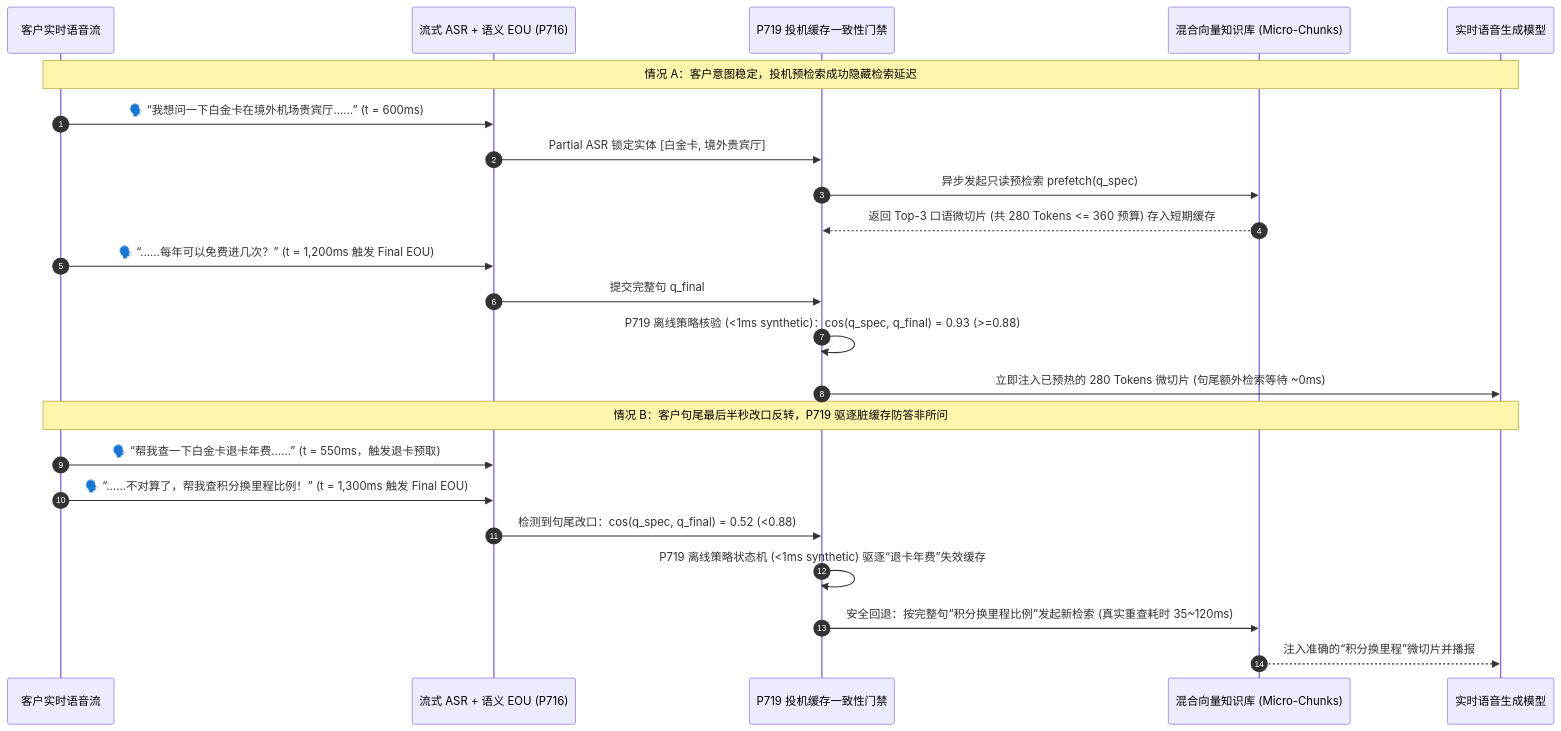
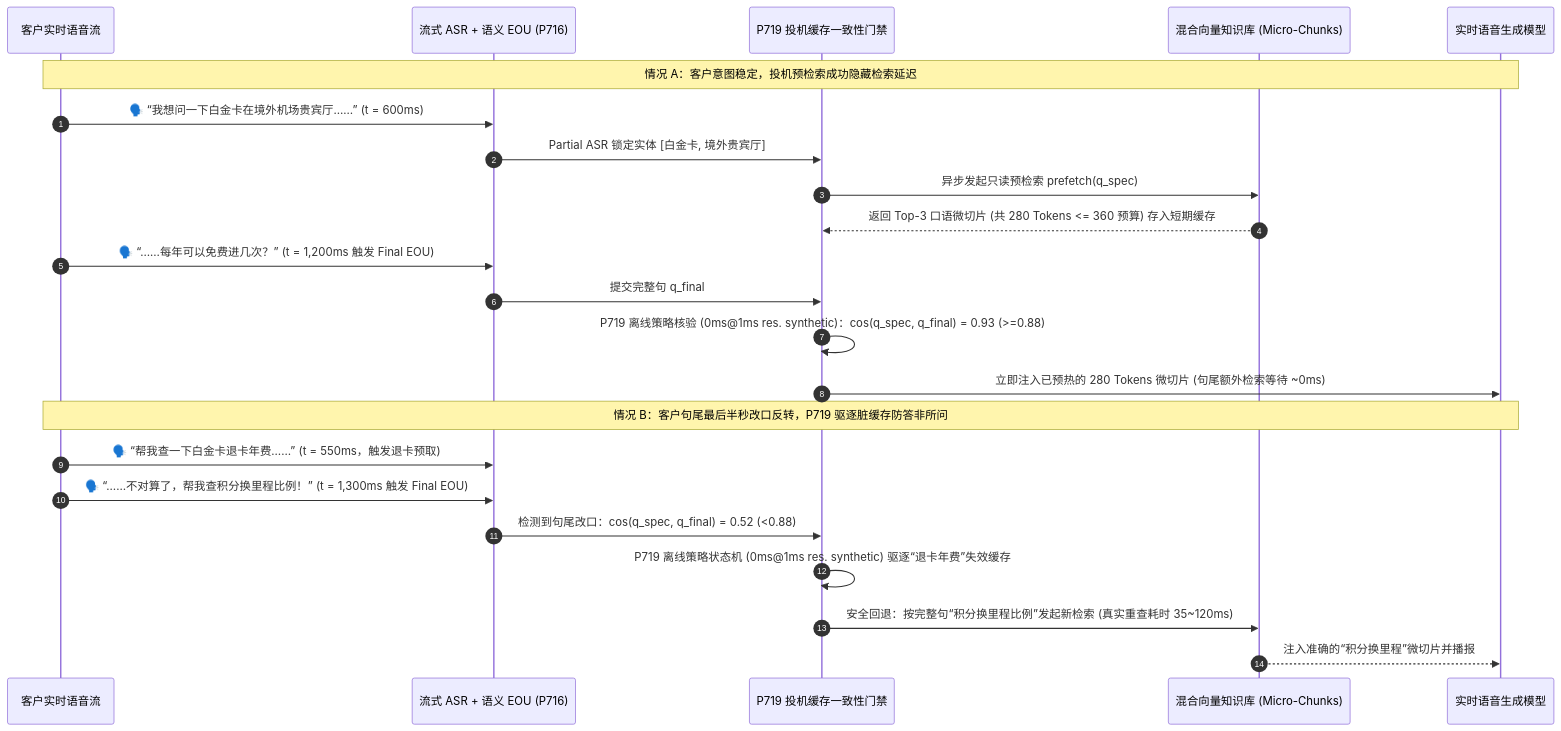
Before and after one commit to turbo998/turbo998.github.io: the third of 3 diagrams in voice/speculative-voice-rag-faq.md, drawn with Mermaid. The commit also changed other lines of this file and 43 other files, not shown here.

````diff
--- a/voice/speculative-voice-rag-faq.md
+++ b/voice/speculative-voice-rag-faq.md
@@ -95,27 +95,27 @@
 ```mermaid
 sequenceDiagram
     autonumber
     participant User as 客户实时语音流
     participant ASR as 流式 ASR + 语义 EOU (P716)
     participant Guard as P719 投机缓存一致性门禁
     participant VectorDB as 混合向量知识库 (Micro-Chunks)
     participant LLM as 实时语音生成模型
 
     Note over User,LLM: 情况 A：客户意图稳定，投机预检索成功隐藏检索延迟
     User->>ASR: 🗣️ “我想问一下白金卡在境外机场贵宾厅……” (t = 600ms)
     ASR->>Guard: Partial ASR 锁定实体 [白金卡, 境外贵宾厅]
     Guard->>VectorDB: 异步发起只读预检索 prefetch(q_spec)
     VectorDB-->>Guard: 返回 Top-3 口语微切片 (共 280 Tokens <= 360 预算) 存入短期缓存
     User->>ASR: 🗣️ “……每年可以免费进几次？” (t = 1,200ms 触发 Final EOU)
     ASR->>Guard: 提交完整句 q_final
-    Guard->>Guard: P719 离线策略核验 (<1ms synthetic)：cos(q_spec, q_final) = 0.93 (>=0.88)
+    Guard->>Guard: P719 离线策略核验 (0ms@1ms res. synthetic)：cos(q_spec, q_final) = 0.93 (>=0.88)
     Guard->>LLM: 立即注入已预热的 280 Tokens 微切片 (句尾额外检索等待 ~0ms)
 
     Note over User,LLM: 情况 B：客户句尾最后半秒改口反转，P719 驱逐脏缓存防答非所问
     User->>ASR: 🗣️ “帮我查一下白金卡退卡年费……” (t = 550ms，触发退卡预取)
     User->>ASR: 🗣️ “……不对算了，帮我查积分换里程比例！” (t = 1,300ms 触发 Final EOU)
     ASR->>Guard: 检测到句尾改口：cos(q_spec, q_final) = 0.52 (<0.88)
-    Guard->>Guard: P719 离线策略状态机 (<1ms synthetic) 驱逐“退卡年费”失效缓存
+    Guard->>Guard: P719 离线策略状态机 (0ms@1ms res. synthetic) 驱逐“退卡年费”失效缓存
     Guard->>VectorDB: 安全回退：按完整句“积分换里程比例”发起新检索 (真实重查耗时 35~120ms)
     VectorDB-->>LLM: 注入准确的“积分换里程”微切片并播报
 ```
````
